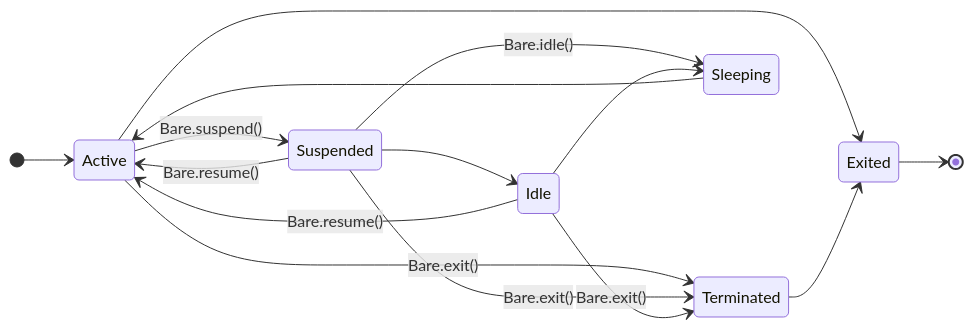
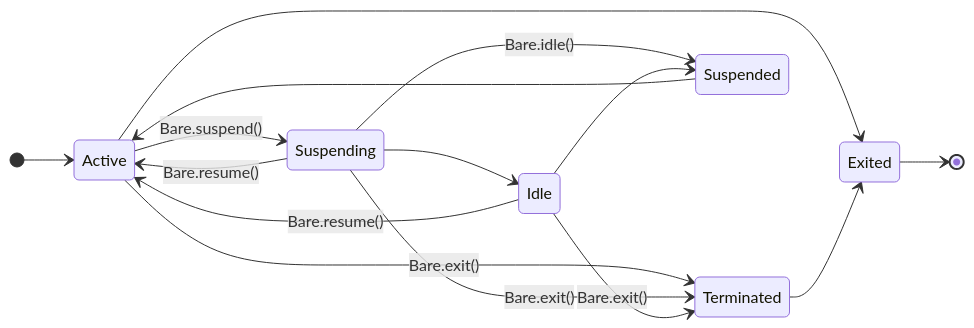
Before and after one commit to holepunchto/bare: the diagram in README.md, drawn with Mermaid.

Commit message:
Align terms

````diff
--- a/README.md
+++ b/README.md
@@ -157,18 +157,18 @@
 ```mermaid
 stateDiagram
   direction LR
   [*] --> Active
-  Active --> Suspended: Bare.suspend()
+  Active --> Suspending: Bare.suspend()
   Active --> Terminated: Bare.exit()
   Active --> Exited
-  Suspended --> Active: Bare.resume()
-  Suspended --> Sleeping: Bare.idle()
-  Suspended --> Terminated: Bare.exit()
-  Suspended --> Idle
+  Suspending --> Active: Bare.resume()
+  Suspending --> Suspended: Bare.idle()
+  Suspending --> Terminated: Bare.exit()
+  Suspending --> Idle
   Idle --> Active: Bare.resume()
   Idle --> Terminated: Bare.exit()
-  Idle --> Sleeping
-  Sleeping --> Active
+  Idle --> Suspended
+  Suspended --> Active
   Terminated --> Exited
   Exited --> [*]
 ```
````
